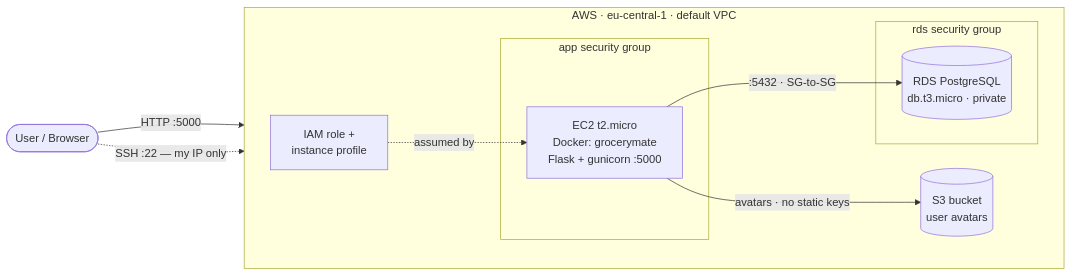
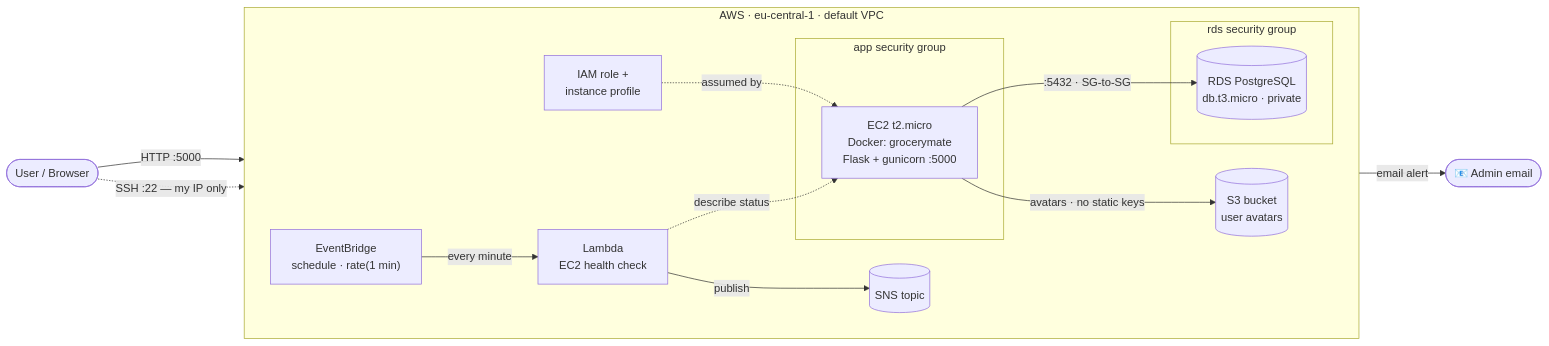
The diagram in README.md (cluebbers/AWS_grocery), drawn with Mermaid before and after one commit. The commit also changed other lines of this file and 1 other file, not shown here.

Commit message:
update with lambda

````diff
--- a/README.md
+++ b/README.md
@@ -13,22 +13,31 @@
 ```mermaid
 graph LR
   User(["User / Browser"])
 
   subgraph AWS["AWS · eu-central-1 · default VPC"]
     direction LR
     subgraph appSG["app security group"]
       EC2["EC2 t2.micro<br/>Docker: grocerymate<br/>Flask + gunicorn :5000"]
     end
     subgraph rdsSG["rds security group"]
       RDS[("RDS PostgreSQL<br/>db.t3.micro · private")]
     end
     S3[("S3 bucket<br/>user avatars")]
     IAM["IAM role +<br/>instance profile"]
+    EventBridge["EventBridge<br/>schedule · rate(1 min)"]
+    Lambda["Lambda<br/>EC2 health check"]
+    SNS[("SNS topic")]
   end
+
+  Ops(["📧 Admin email"])
 
   User -->|"HTTP :5000"| EC2
   User -.->|"SSH :22 — my IP only"| EC2
   EC2 -->|":5432 · SG-to-SG"| RDS
   EC2 -->|"avatars · no static keys"| S3
   IAM -.->|"assumed by"| EC2
+  EventBridge -->|"every minute"| Lambda
+  Lambda -.->|"describe status"| EC2
+  Lambda -->|"publish"| SNS
+  SNS -->|"email alert"| Ops
 ```
````
